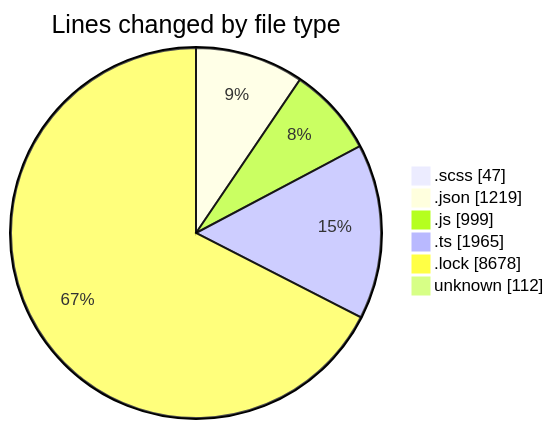
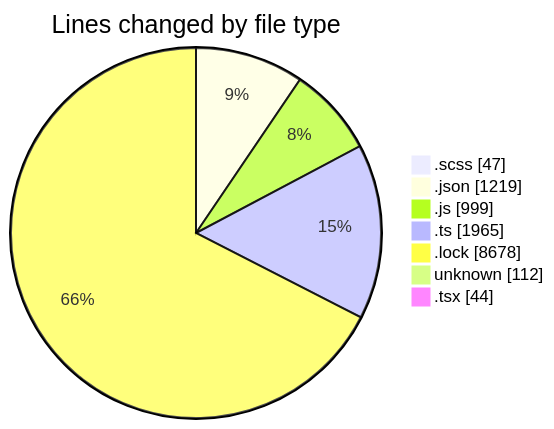
One commit to momahboobian/code-tracking changed the first of 2 diagrams in 2026-04-21/cda/README.md. Above: the diagram before and after it, drawn with Mermaid. The commit also changed other lines of this file and 1 other file, not shown here.

````diff
--- a/2026-04-21/cda/README.md
+++ b/2026-04-21/cda/README.md
@@ -47,10 +48,11 @@
 ```mermaid
 pie showData
 title Lines changed by file type
 ".scss" : 47
 ".json" : 1219
 ".js" : 999
 ".ts" : 1965
 ".lock" : 8678
 "unknown" : 112
+".tsx" : 44
 ```
````
